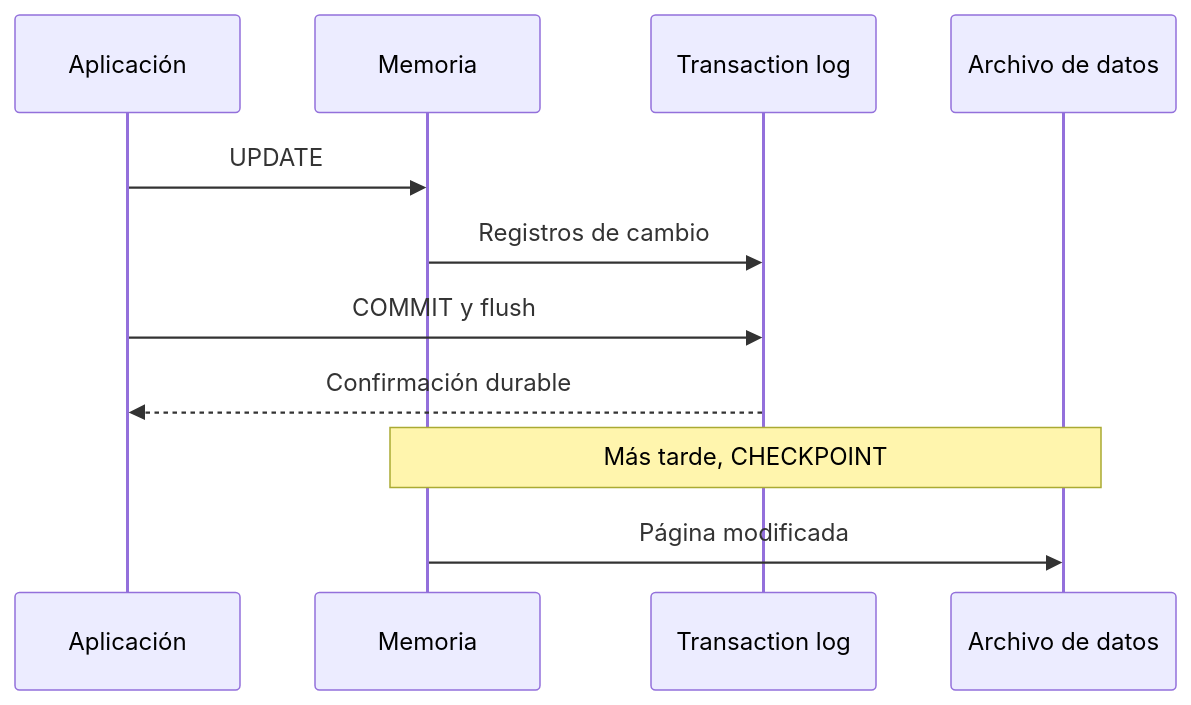
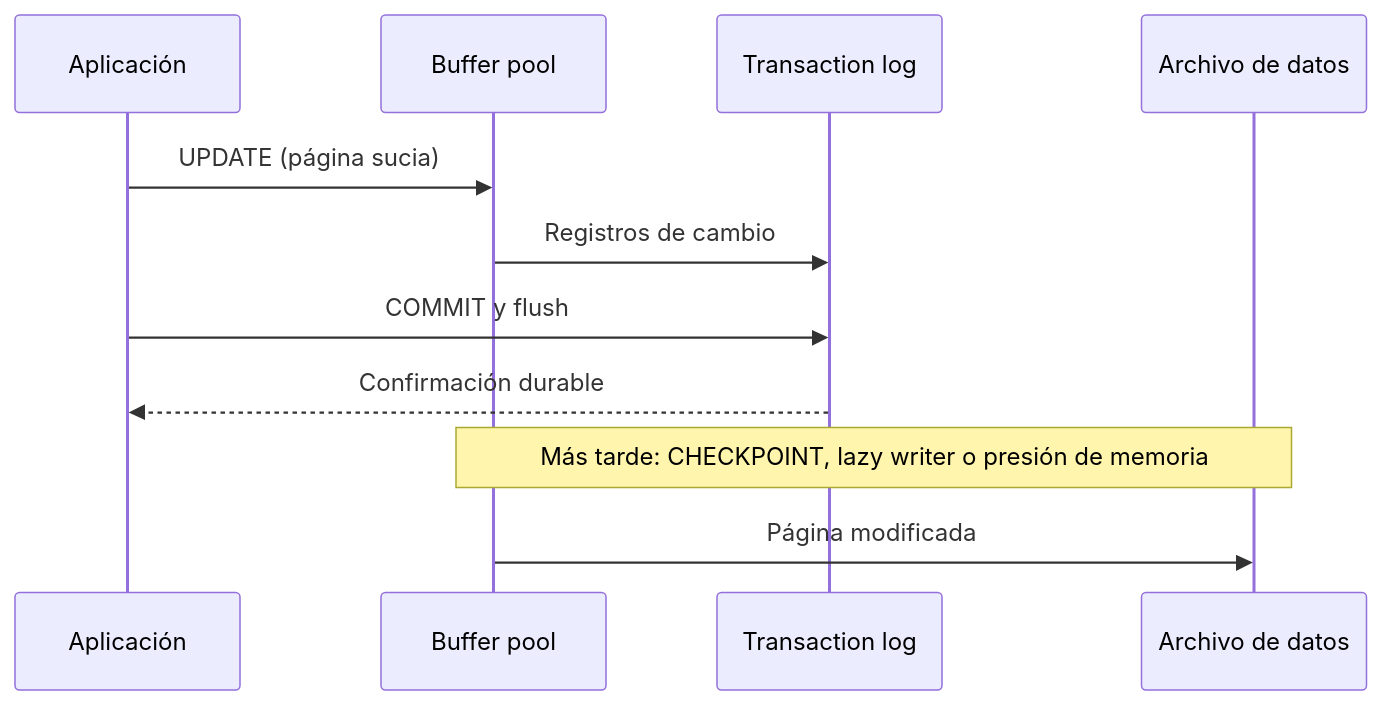
Before and after one commit to unlam-informatica/unlam-informatica.github.io: the first of 4 diagrams in src/content/docs/bbdd-aplicadas/unidad-5/teoria/log-recuperacion.md, drawn with Mermaid. The commit also changed other lines of this file and 100 other files, not shown here.

````diff
--- a/src/content/docs/bbdd-aplicadas/unidad-5/teoria/log-recuperacion.md
+++ b/src/content/docs/bbdd-aplicadas/unidad-5/teoria/log-recuperacion.md
@@ -15,13 +22,13 @@
 ```mermaid
 sequenceDiagram
     participant A as Aplicación
-    participant M as Memoria
+    participant M as Buffer pool
     participant L as Transaction log
     participant D as Archivo de datos
-    A->>M: UPDATE
+    A->>M: UPDATE (página sucia)
     M->>L: Registros de cambio
     A->>L: COMMIT y flush
     L-->>A: Confirmación durable
-    Note over M,D: Más tarde, CHECKPOINT
+    Note over M,D: Más tarde: CHECKPOINT, lazy writer o presión de memoria
     M->>D: Página modificada
 ```
````
